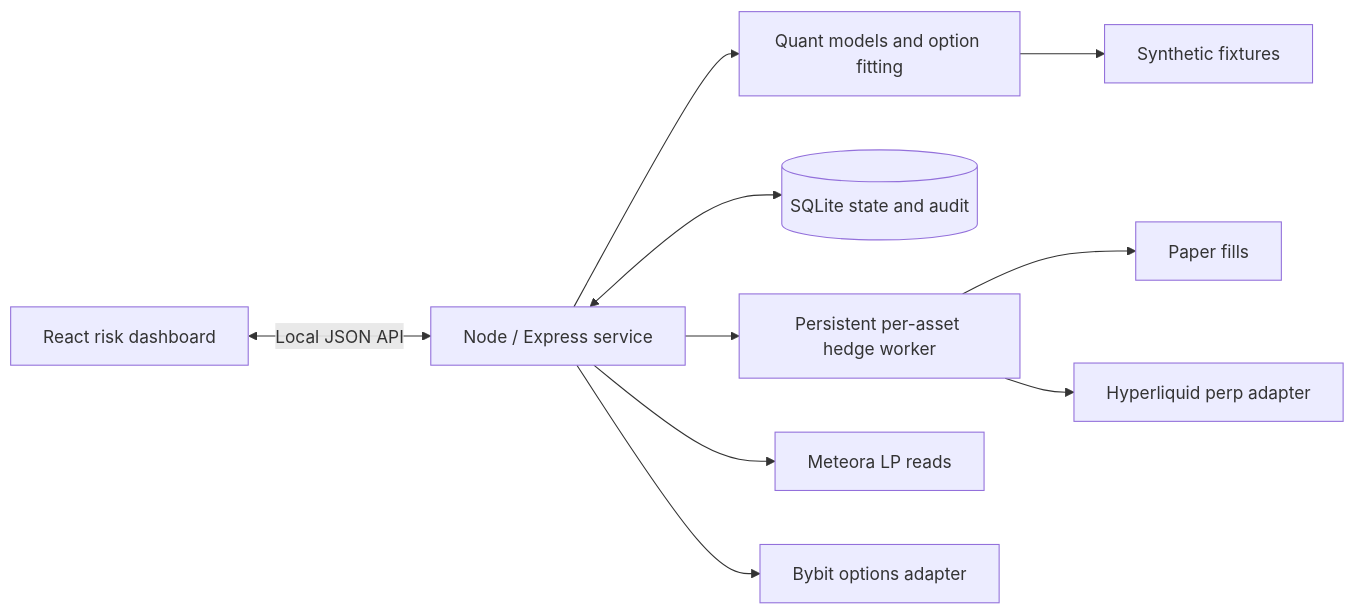
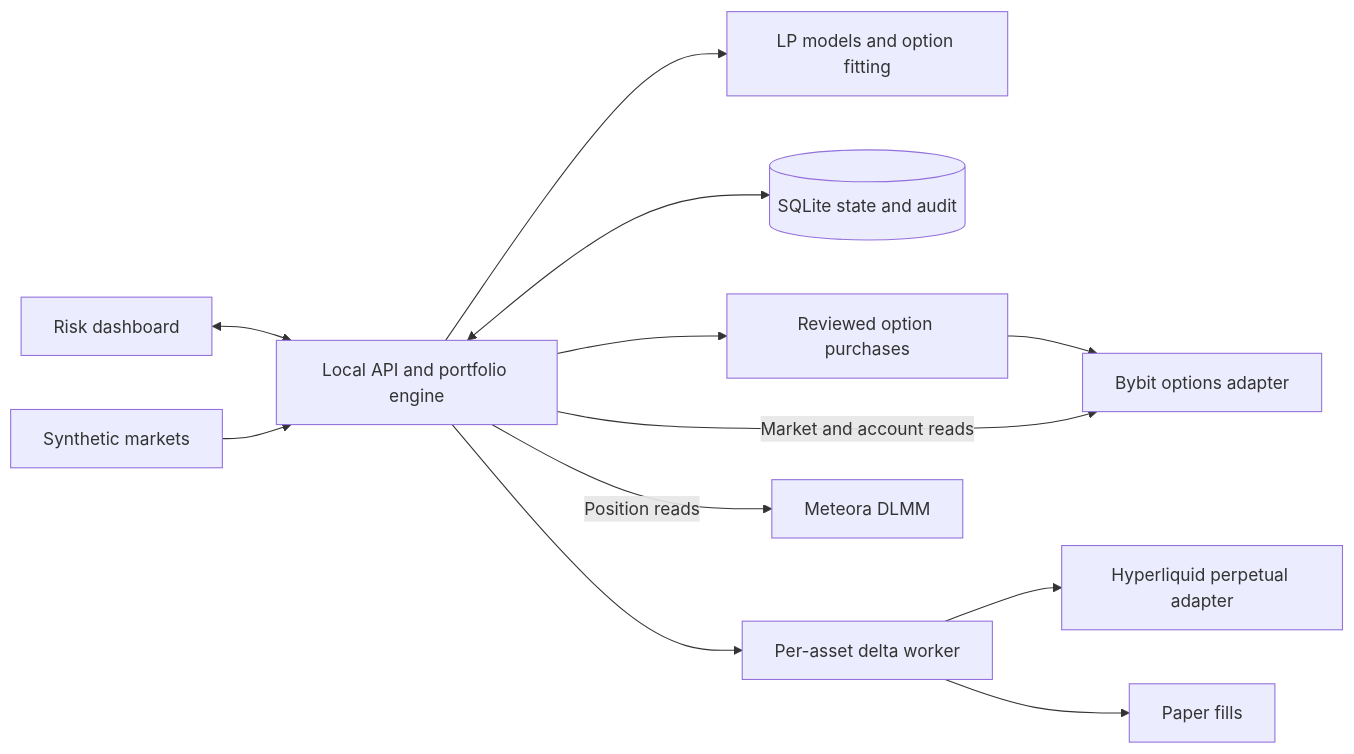
The diagram in README.md (LeksZy/deltaform), drawn with Mermaid before and after one commit. The commit also changed other lines of this file and 6 other files, not shown here.

````diff
--- a/README.md
+++ b/README.md
@@ -48,12 +58,14 @@
 ```mermaid
 flowchart LR
-    UI[React risk dashboard] <-->|Local JSON API| API[Node / Express service]
-    API --> Q[Quant models and option fitting]
+    UI[Risk dashboard] <--> API[Local API and portfolio engine]
+    F[Synthetic markets] --> API
+    API --> Q[LP models and option fitting]
     API <--> DB[(SQLite state and audit)]
-    API --> W[Persistent per-asset hedge worker]
-    Q --> F[Synthetic fixtures]
+    API --> O[Reviewed option purchases]
+    O --> B[Bybit options adapter]
+    API --> W[Per-asset delta worker]
+    W --> H[Hyperliquid perpetual adapter]
     W --> P[Paper fills]
-    API --> M[Meteora LP reads]
-    API --> B[Bybit options adapter]
-    W --> H[Hyperliquid perp adapter]
+    API -->|Position reads| M[Meteora DLMM]
+    API -->|Market and account reads| B
 ```
````
